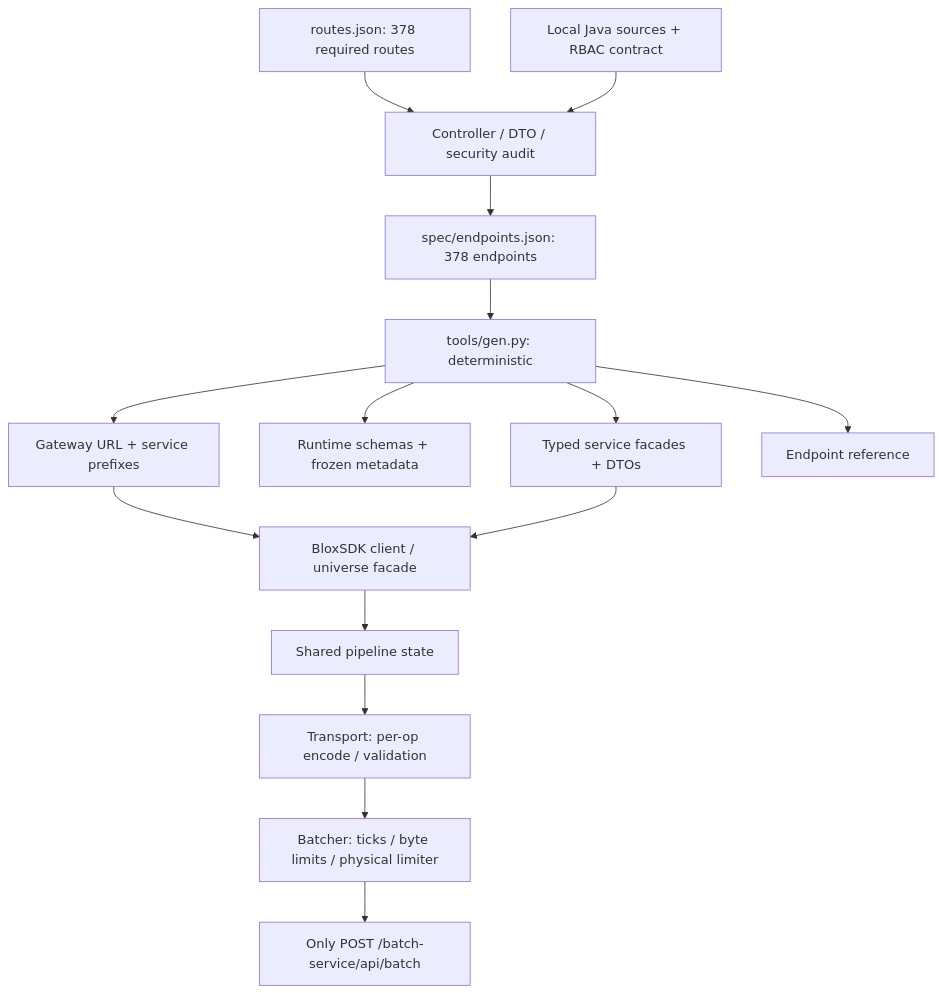
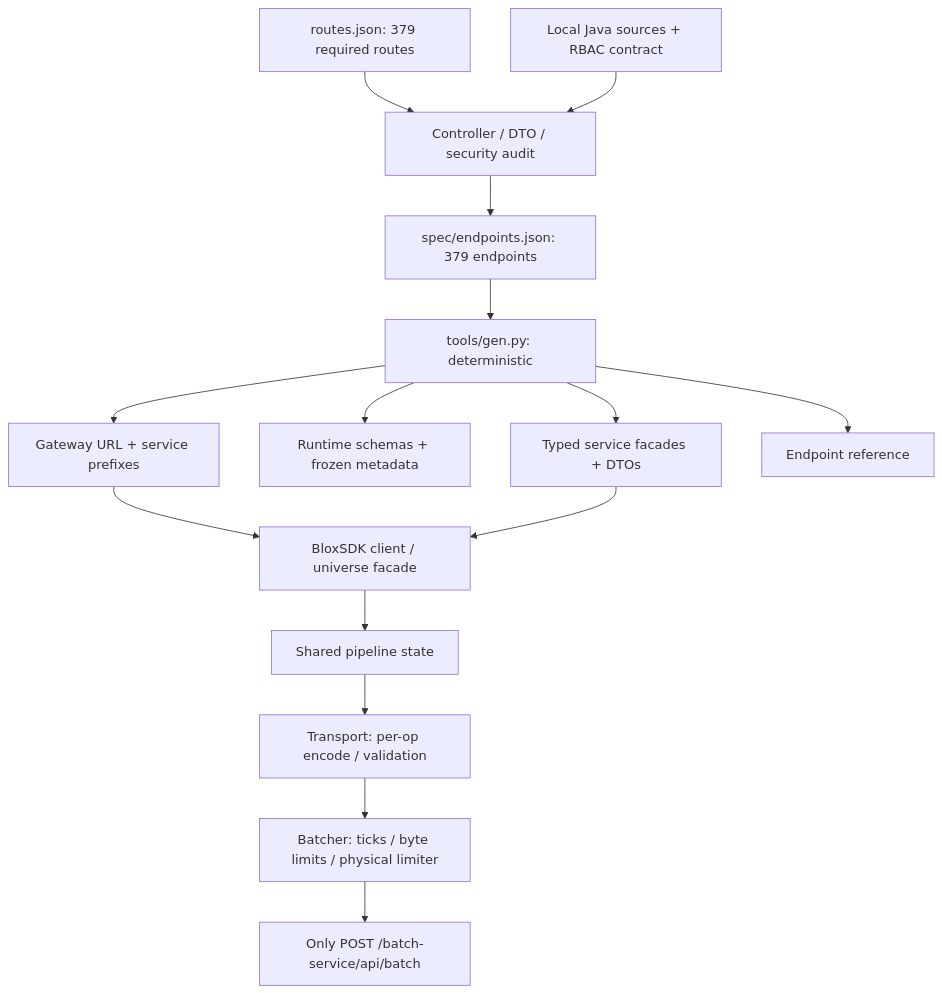
The diagram in docs/ARCHITECTURE.md (samjay22/blox-sdk), drawn with Mermaid before and after one commit. The commit also changed 40 other files, not shown here.

````diff
--- a/docs/ARCHITECTURE.md
+++ b/docs/ARCHITECTURE.md
@@ -3,17 +3,17 @@
 ```mermaid
 flowchart TD
-  Routes[routes.json: 378 required routes] --> Audit[Controller / DTO / security audit]
+  Routes[routes.json: 379 required routes] --> Audit[Controller / DTO / security audit]
   Java[Local Java sources + RBAC contract] --> Audit
-  Audit --> Spec[spec/endpoints.json: 378 endpoints]
+  Audit --> Spec[spec/endpoints.json: 379 endpoints]
   Spec --> Generator[tools/gen.py: deterministic]
   Generator --> Services[Typed service facades + DTOs]
   Generator --> Schemas[Runtime schemas + frozen metadata]
   Generator --> Routing[Gateway URL + service prefixes]
   Routing --> Client
   Generator --> Reference[Endpoint reference]
   Services --> Client[BloxSDK client / universe facade]
   Client --> Pipeline[Shared pipeline state]
   Pipeline --> Transport[Transport: per-op encode / validation]
   Transport --> Batcher[Batcher: ticks / byte limits / physical limiter]
   Batcher --> Backend[Only POST /batch-service/api/batch]
 ```
````
